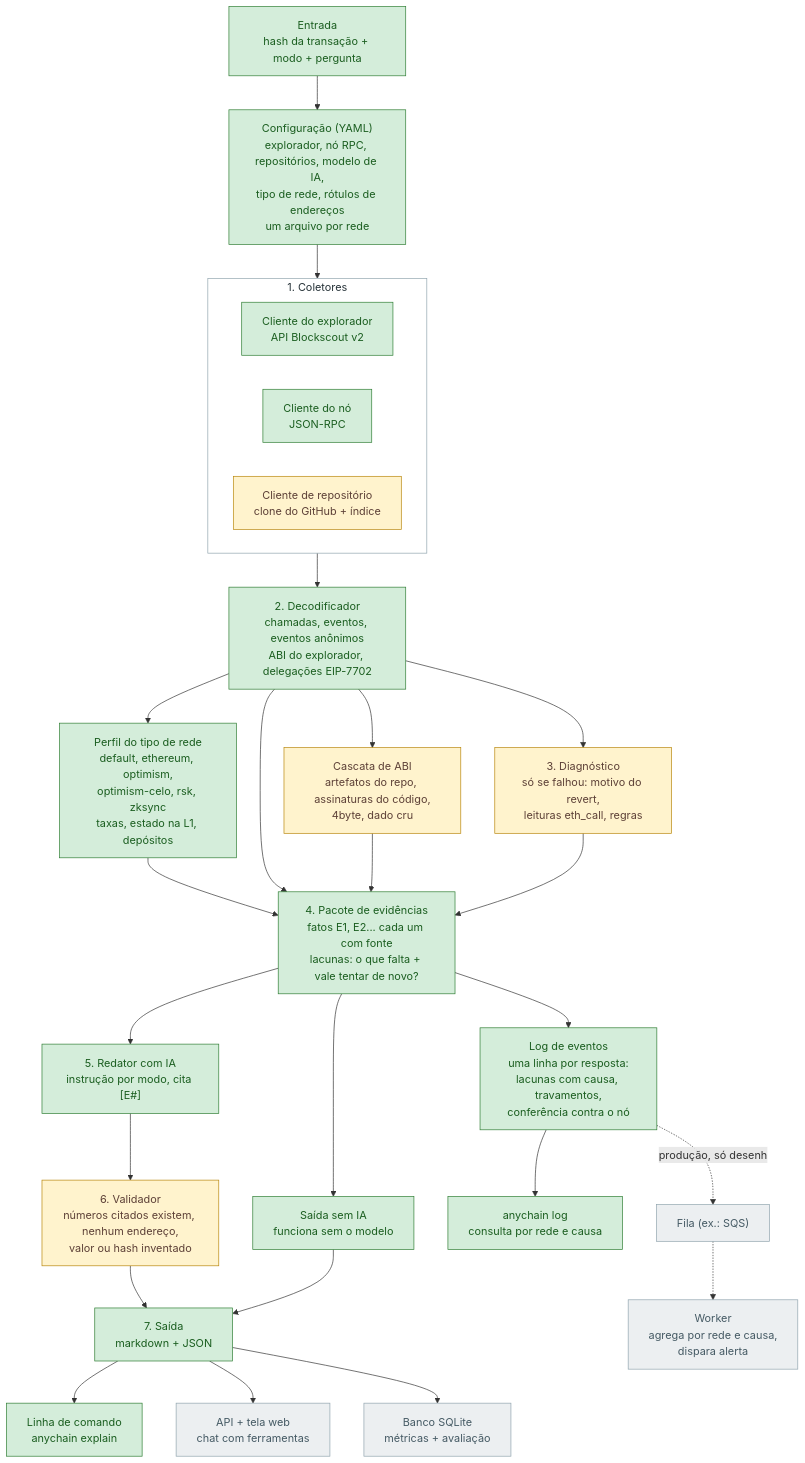
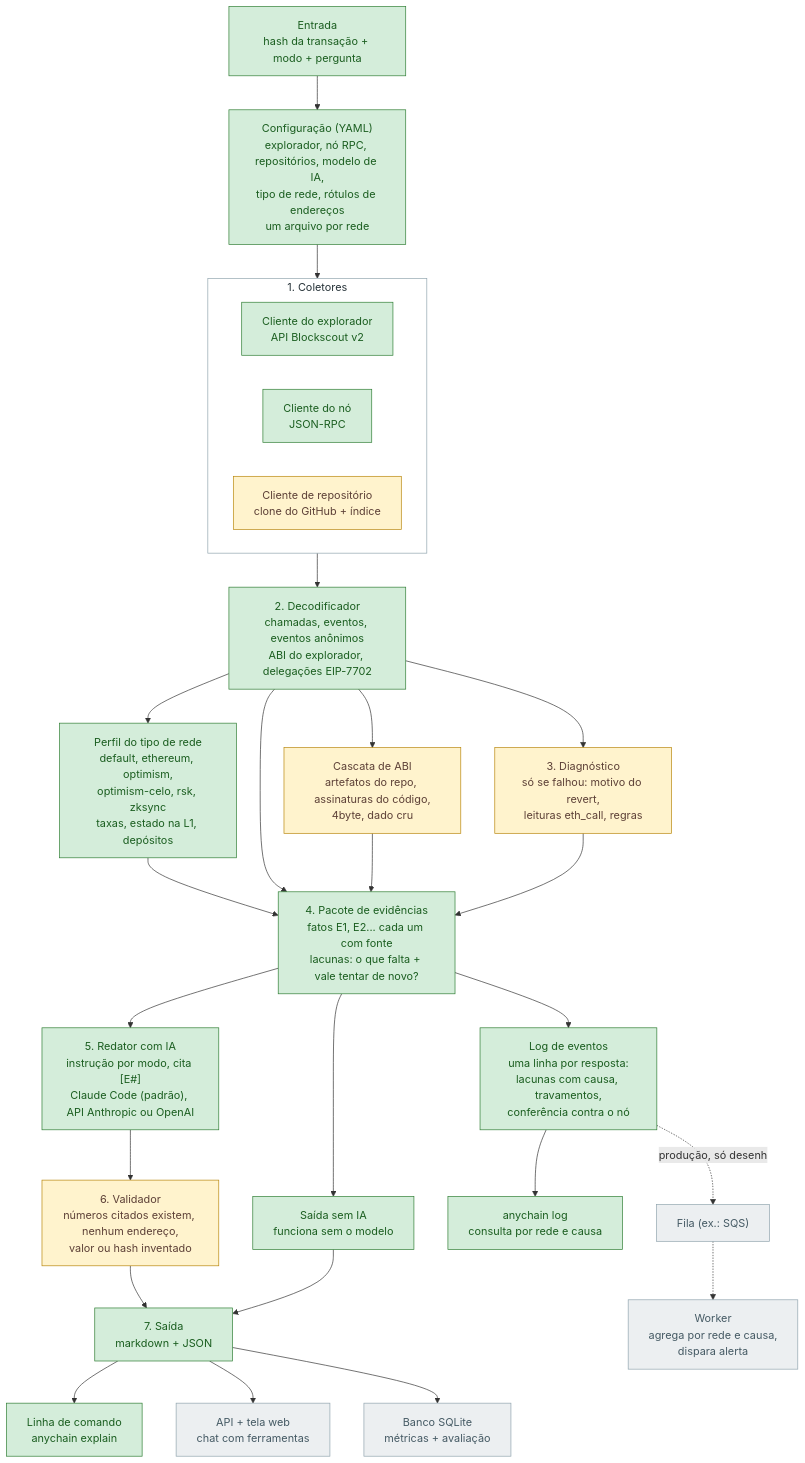
One commit to Ebaoj/anychain changed the first of 5 diagrams in docs/ARCHITECTURE.pt-BR.md. Above: the diagram before and after it, drawn with Mermaid. The commit also changed other lines of this file and 15 other files, not shown here.

First line of the commit message:
Writer on Claude Code by default; Anthropic and OpenAI APIs as options (D27)

````diff
--- a/docs/ARCHITECTURE.pt-BR.md
+++ b/docs/ARCHITECTURE.pt-BR.md
@@ -20,46 +20,46 @@
 ```mermaid
 flowchart TD
     IN["Entrada<br/>hash da transação + modo + pergunta"] --> CFG
 
     CFG["Configuração (YAML)<br/>explorador, nó RPC, repositórios, modelo de IA,<br/>tipo de rede, rótulos de endereços<br/>um arquivo por rede"]
 
     CFG --> COL
     subgraph COL["1. Coletores"]
         EXP["Cliente do explorador<br/>API Blockscout v2"]
         RPC["Cliente do nó<br/>JSON-RPC"]
         REPO["Cliente de repositório<br/>clone do GitHub + índice"]
     end
 
     COL --> DEC["2. Decodificador<br/>chamadas, eventos, eventos anônimos<br/>ABI do explorador, delegações EIP-7702"]
     DEC --> PRO["Perfil do tipo de rede<br/>default, ethereum, optimism,<br/>optimism-celo, rsk, zksync<br/>taxas, estado na L1, depósitos"]
     PRO --> BUN
     DEC --> CAS["Cascata de ABI<br/>artefatos do repo, assinaturas do código,<br/>4byte, dado cru"]
     DEC --> DIAG["3. Diagnóstico<br/>só se falhou: motivo do revert,<br/>leituras eth_call, regras"]
     DEC --> BUN
     CAS --> BUN
     DIAG --> BUN
 
     BUN["4. Pacote de evidências<br/>fatos E1, E2... cada um com fonte<br/>lacunas: o que falta + vale tentar de novo?"]
-    BUN --> WRI["5. Redator com IA<br/>instrução por modo, cita [E#]"]
+    BUN --> WRI["5. Redator com IA<br/>instrução por modo, cita [E#]<br/>Claude Code (padrão), API Anthropic ou OpenAI"]
     BUN --> REN["Saída sem IA<br/>funciona sem o modelo"]
     WRI --> VAL["6. Validador<br/>números citados existem, nenhum endereço,<br/>valor ou hash inventado"]
     VAL --> OUT
     REN --> OUT
 
     OUT["7. Saída<br/>markdown + JSON"] --> CLI["Linha de comando<br/>anychain explain"]
     OUT --> API["API + tela web<br/>chat com ferramentas"]
     OUT --> DB["Banco SQLite<br/>métricas + avaliação"]
     BUN --> LOG["Log de eventos<br/>uma linha por resposta:<br/>lacunas com causa, travamentos,<br/>conferência contra o nó"]
     LOG --> QRY["anychain log<br/>consulta por rede e causa"]
     LOG -.produção, só desenho.-> FILA["Fila (ex.: SQS)"]
     FILA -.-> WRK["Worker<br/>agrega por rede e causa,<br/>dispara alerta"]
 
     classDef done fill:#d4edda,stroke:#2e7d32,color:#1b5e20
     classDef next fill:#fff3cd,stroke:#b8860b,color:#5d4037
     classDef later fill:#eceff1,stroke:#90a4ae,color:#455a64
 
     class IN,CFG,EXP,RPC,DEC,PRO,BUN,WRI,REN,OUT,CLI,LOG,QRY done
     class REPO,CAS,DIAG,VAL next
     class API,DB,FILA,WRK later
     style COL fill:#ffffff,stroke:#90a4ae,color:#263238
 ```
````
